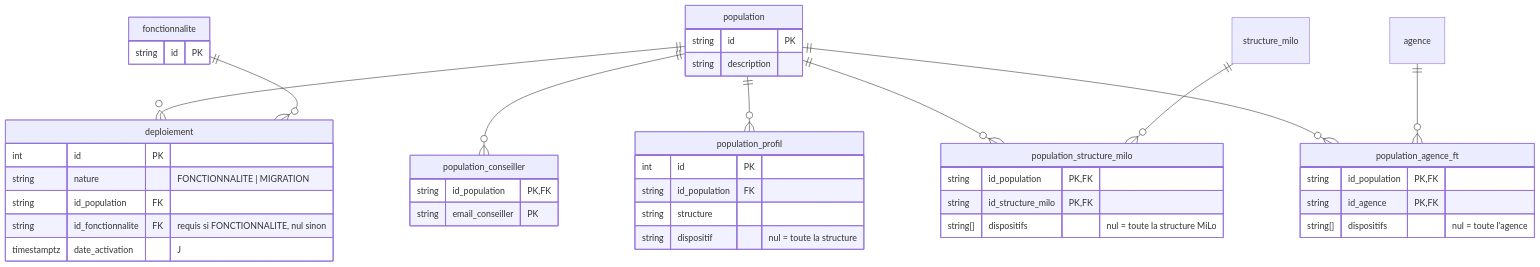
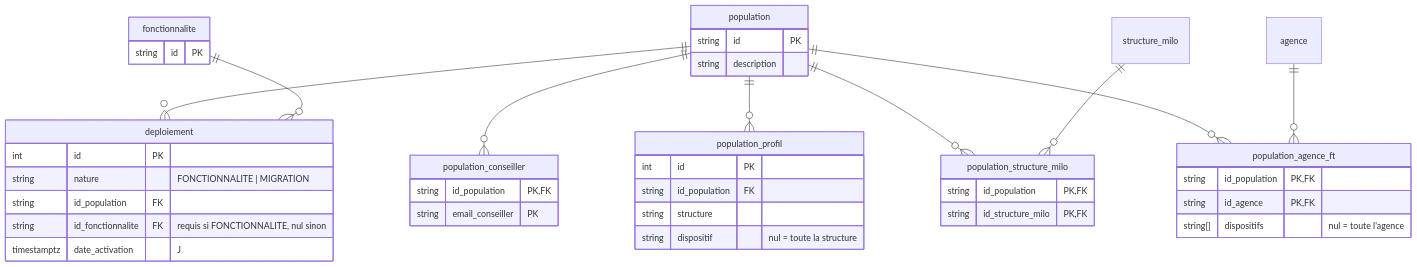
Before and after one commit to France-Travail/pass-emploi-api: the diagram in docs/decisions/ADR-006-deploiements-fonctionnalites-migrations.md, drawn with Mermaid. The commit also changed other lines of this file and 19 other files, not shown here.

````diff
--- a/docs/decisions/ADR-006-deploiements-fonctionnalites-migrations.md
+++ b/docs/decisions/ADR-006-deploiements-fonctionnalites-migrations.md
@@ -36,18 +36,18 @@
 ```mermaid
 erDiagram
     fonctionnalite { string id PK }
     population { string id PK  string description }
     population_conseiller { string id_population PK,FK  string email_conseiller PK }
     population_profil { int id PK  string id_population FK  string structure  string dispositif "nul = toute la structure" }
-    population_structure_milo { string id_population PK,FK  string id_structure_milo PK,FK  string[] dispositifs "nul = toute la structure MiLo" }
+    population_structure_milo { string id_population PK,FK  string id_structure_milo PK,FK }
     population_agence_ft { string id_population PK,FK  string id_agence PK,FK  string[] dispositifs "nul = toute l'agence" }
     deploiement { int id PK  string nature "FONCTIONNALITE | MIGRATION"  string id_population FK  string id_fonctionnalite FK "requis si FONCTIONNALITE, nul sinon"  timestamptz date_activation "J" }
     population ||--o{ population_conseiller : ""
     population ||--o{ population_profil : ""
     population ||--o{ population_structure_milo : ""
     population ||--o{ population_agence_ft : ""
     structure_milo ||--o{ population_structure_milo : ""
     agence ||--o{ population_agence_ft : ""
     population ||--o{ deploiement : ""
     fonctionnalite ||--o{ deploiement : ""
 ```
````
